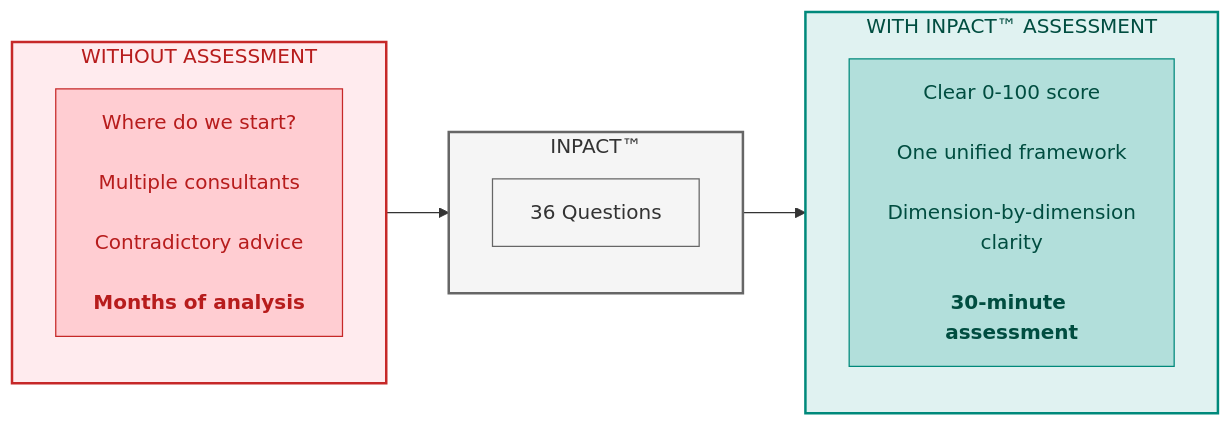
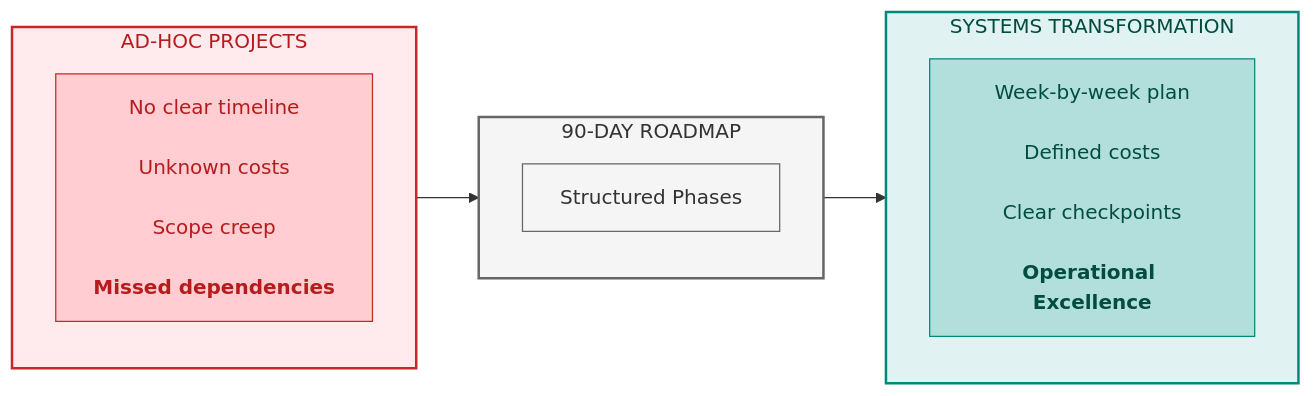
Before and after one commit to saitejesh-cyber/trust-before-intelligence-book: the first of 8 diagrams in manuscript/11_chapter_10_week_by_week_implementation.md, drawn with Mermaid. The commit also changed other lines of this file, not shown here.

````diff
--- a/manuscript/11_chapter_10_week_by_week_implementation.md
+++ b/manuscript/11_chapter_10_week_by_week_implementation.md
@@ -33,28 +29,28 @@
 ```mermaid
 
 graph LR
-    subgraph BEFORE["WITHOUT ASSESSMENT"]
+    subgraph BEFORE["AD-HOC PROJECTS"]
         direction TB
-        B1["Where do we start?<br/><br/>Multiple consultants<br/><br/>Contradictory advice<br/><br/><b>Months of analysis</b>"]
+        B1["No clear timeline<br/><br/>Unknown costs<br/><br/>Scope creep<br/><br/><b>Missed dependencies</b>"]
     end
     
-    subgraph TRANSFORM["INPACT™"]
+    subgraph TRANSFORM["90-DAY ROADMAP"]
         direction TB
-        T1["36 Questions"]
+        T1["Structured Phases"]
     end
-    
-    subgraph AFTER["WITH INPACT™ ASSESSMENT"]
+
+    subgraph AFTER["SYSTEMS TRANSFORMATION"]
         direction TB
-        A1["Clear 0-100 score<br/><br/>One unified framework<br/><br/>Dimension-by-dimension<br/>clarity<br/><br/><b>30-minute assessment</b>"]
+        A1["Week-by-week plan<br/><br/>Defined costs<br/><br/>Clear checkpoints<br/><br/><b>Operational Excellence</b>"]
     end
     
     BEFORE --> TRANSFORM --> AFTER
     
     style BEFORE fill:#ffebee,stroke:#c62828,stroke-width:2px,color:#b71c1c
     style TRANSFORM fill:#f5f5f5,stroke:#666666,stroke-width:2px,color:#333333
     style AFTER fill:#e0f2f1,stroke:#00897b,stroke-width:2px,color:#004d40
     style B1 fill:#ffcdd2,stroke:#c62828,color:#b71c1c
     style T1 fill:#f5f5f5,stroke:#666666,color:#333333
     style A1 fill:#b2dfdb,stroke:#00897b,color:#004d40
 
 ```
````
